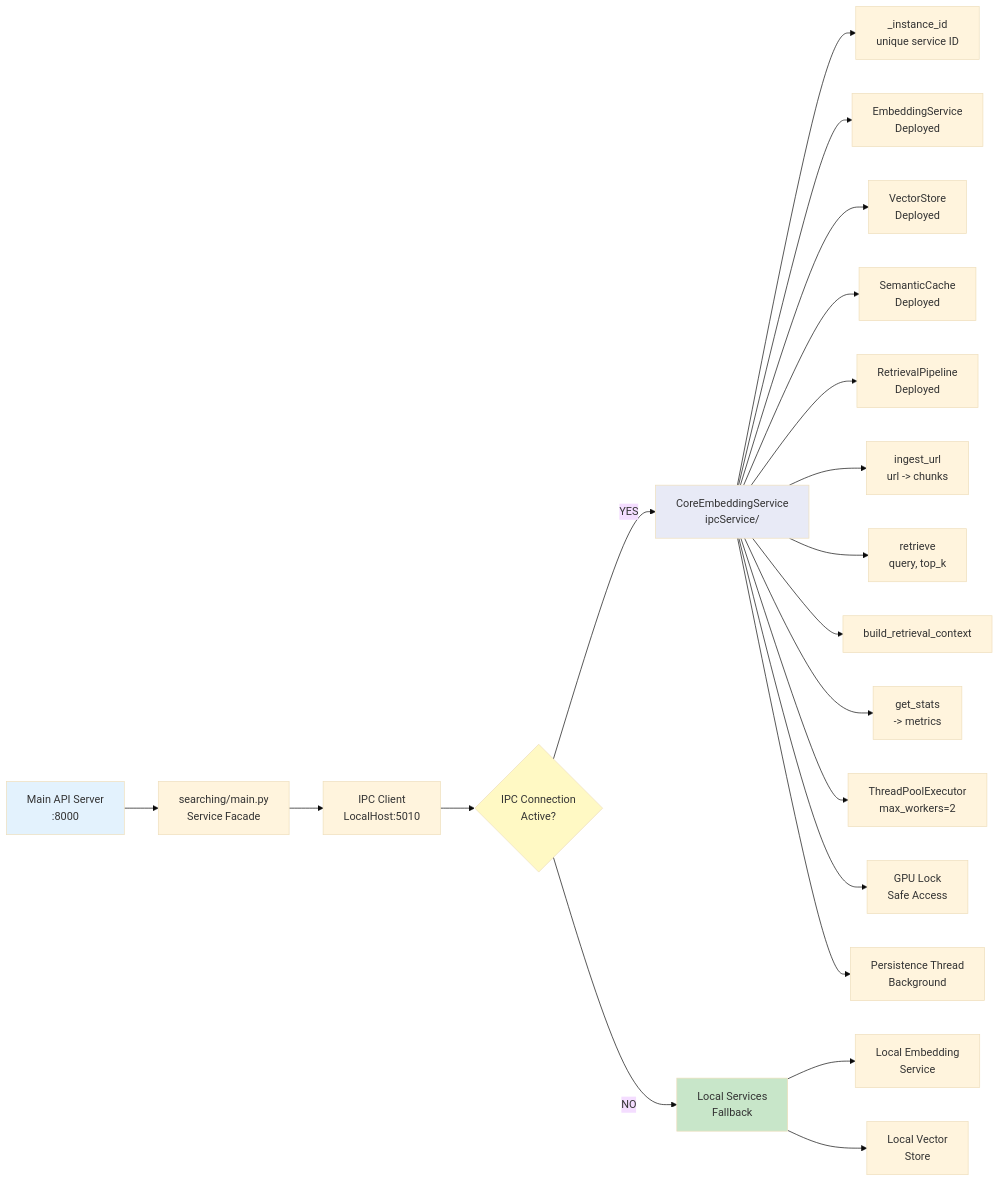
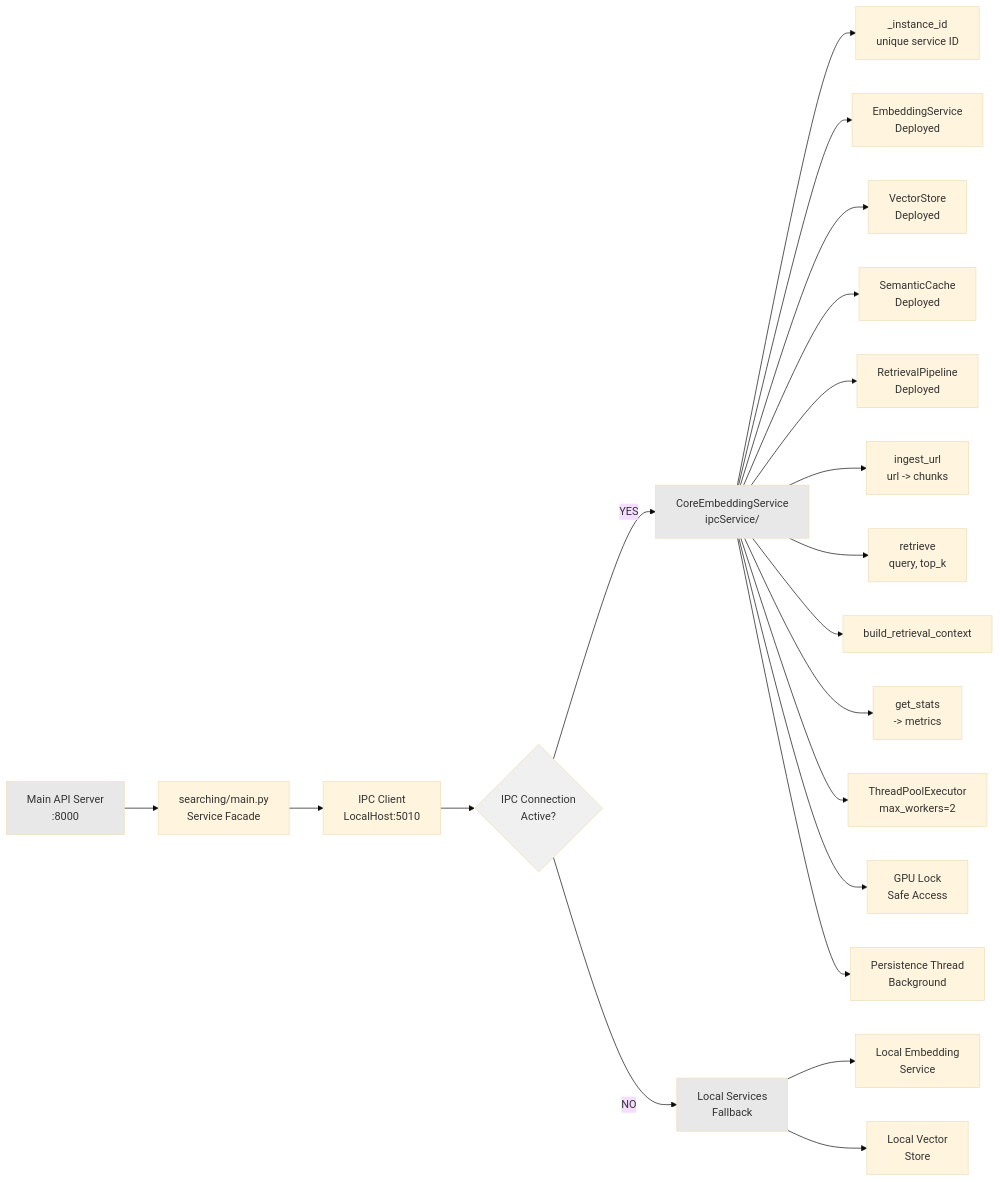
One commit to pollinations/lixSearch changed diagram 11 of 17 in DOCS/FULL_ARCHITECTURE.md. Above: the diagram before and after it, drawn with Mermaid (base theme). The commit also changed other lines of this file, not shown here.

Commit message:
refactor: Update diagram styles for improved visual consistency in architecture documentation

````diff
--- a/DOCS/FULL_ARCHITECTURE.md
+++ b/DOCS/FULL_ARCHITECTURE.md
@@ -809,59 +809,59 @@
 ```mermaid
 graph LR
     Main["Main API Server<br/>:8000"]
     SearchingService["searching/main.py<br/>Service Facade"]
     
     IPCClient["IPC Client<br/>LocalHost:5010"]
     IPCConnection{"IPC Connection<br/>Active?"}
     
     CoreService["CoreEmbeddingService<br/>ipcService/"]
     InstanceID["_instance_id<br/>unique service ID"]
     
     EmbedServiceDeployed["EmbeddingService<br/>Deployed"]
     VectorStoreDeployed["VectorStore<br/>Deployed"]
     SemanticCacheDeployed["SemanticCache<br/>Deployed"]
     RetPipelineDeployed["RetrievalPipeline<br/>Deployed"]
     
     IngestURL["ingest_url<br/>url -> chunks"]
     RetrieveQuery["retrieve<br/>query, top_k"]
     BuildContext["build_retrieval_context"]
     GetStats["get_stats<br/>-> metrics"]
     
     ThreadPool["ThreadPoolExecutor<br/>max_workers=2"]
     GPULock["GPU Lock<br/>Safe Access"]
     PersistWorker["Persistence Thread<br/>Background"]
     
     LocalFallback["Local Services<br/>Fallback"]
     LocalEmbed["Local Embedding<br/>Service"]
     LocalVector["Local Vector<br/>Store"]
     
     Main --> SearchingService
     SearchingService --> IPCClient
     IPCClient --> IPCConnection
     
     IPCConnection -->|YES| CoreService
     IPCConnection -->|NO| LocalFallback
     
     CoreService --> InstanceID
     CoreService --> EmbedServiceDeployed
     CoreService --> VectorStoreDeployed
     CoreService --> SemanticCacheDeployed
     CoreService --> RetPipelineDeployed
     
     CoreService --> IngestURL
     CoreService --> RetrieveQuery
     CoreService --> BuildContext
     CoreService --> GetStats
     
     CoreService --> ThreadPool
     CoreService --> GPULock
     CoreService --> PersistWorker
     
     LocalFallback --> LocalEmbed
     LocalFallback --> LocalVector
     
-    style Main fill:#E3F2FD
-    style CoreService fill:#E8EAF6
-    style IPCConnection fill:#FFF9C4
-    style LocalFallback fill:#C8E6C9
+    style Main fill:#E8E8E8
+    style CoreService fill:#E8E8E8
+    style IPCConnection fill:#F0F0F0
+    style LocalFallback fill:#E8E8E8
 ```
````
